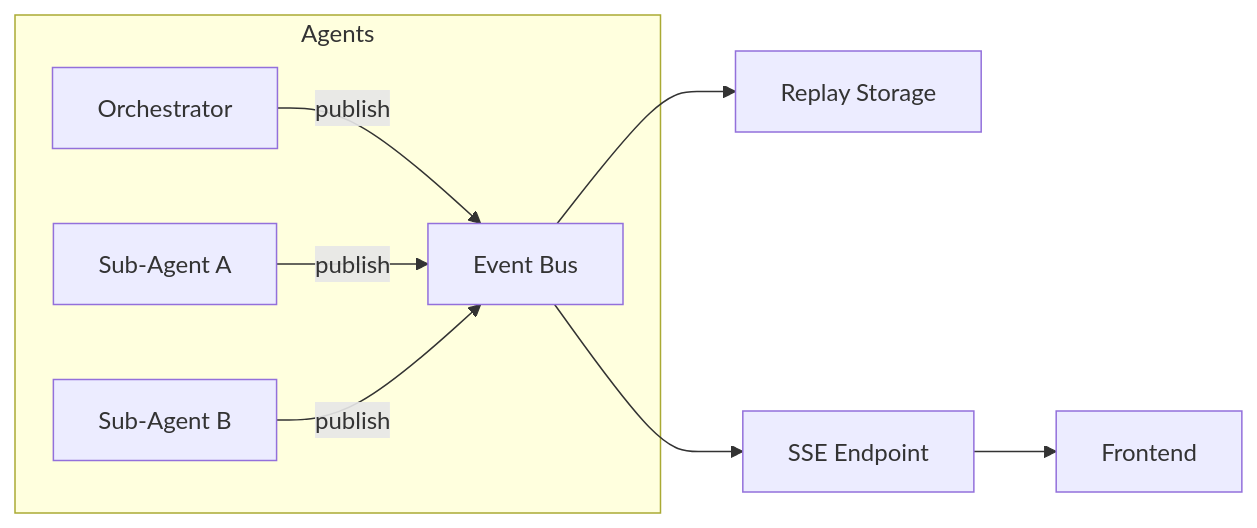
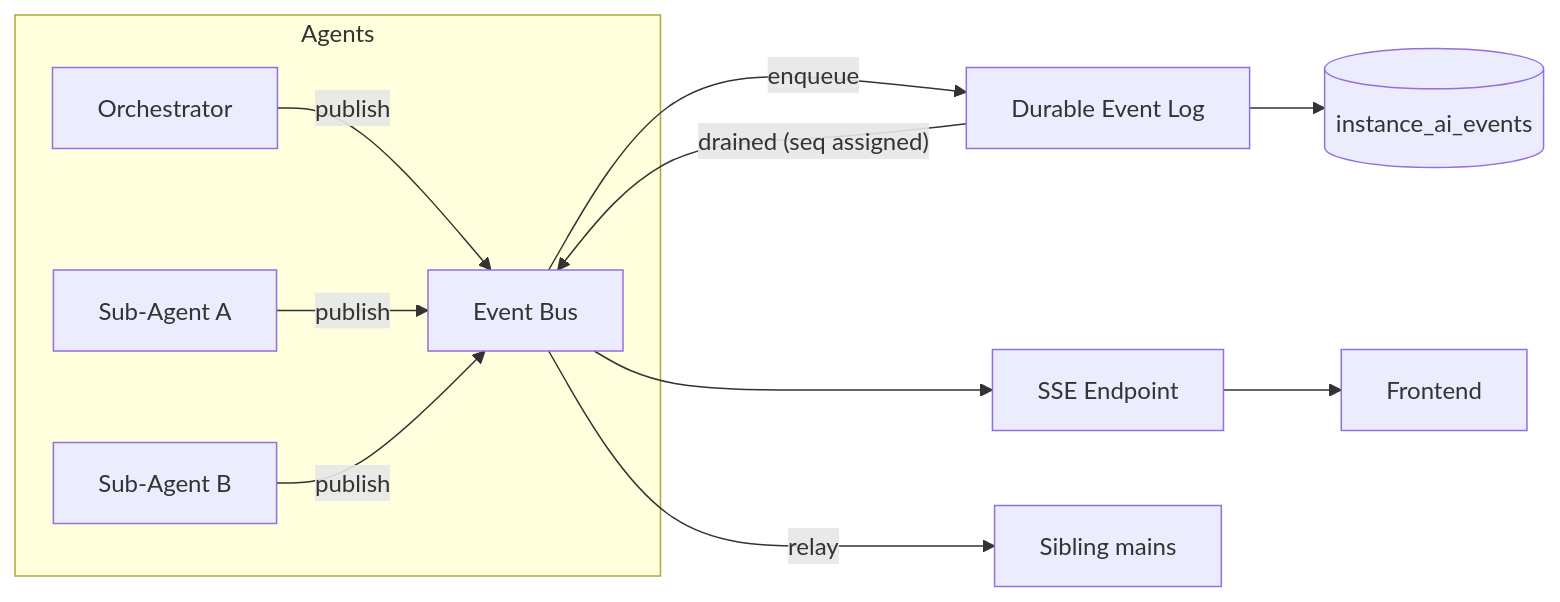
The diagram in packages/@n8n/instance-ai/docs/streaming-protocol.md (RukshanAmodya/Aethera), drawn with Mermaid before and after one commit. The commit also changed other lines of this file and 1982 other files, not shown here.

````diff
--- a/packages/@n8n/instance-ai/docs/streaming-protocol.md
+++ b/packages/@n8n/instance-ai/docs/streaming-protocol.md
@@ -416,12 +445,15 @@
 ```mermaid
 graph LR
     subgraph Agents
         O[Orchestrator] -->|publish| Bus[Event Bus]
         S1[Sub-Agent A] -->|publish| Bus
         S2[Sub-Agent B] -->|publish| Bus
     end
 
-    Bus --> Store[Replay Storage]
+    Bus -->|enqueue| Log[Durable Event Log]
+    Log -->|"drained (seq assigned)"| Bus
+    Log --> DB[(instance_ai_events)]
     Bus --> SSE[SSE Endpoint]
+    Bus -->|relay| Siblings[Sibling mains]
     SSE --> FE[Frontend]
 ```
````
